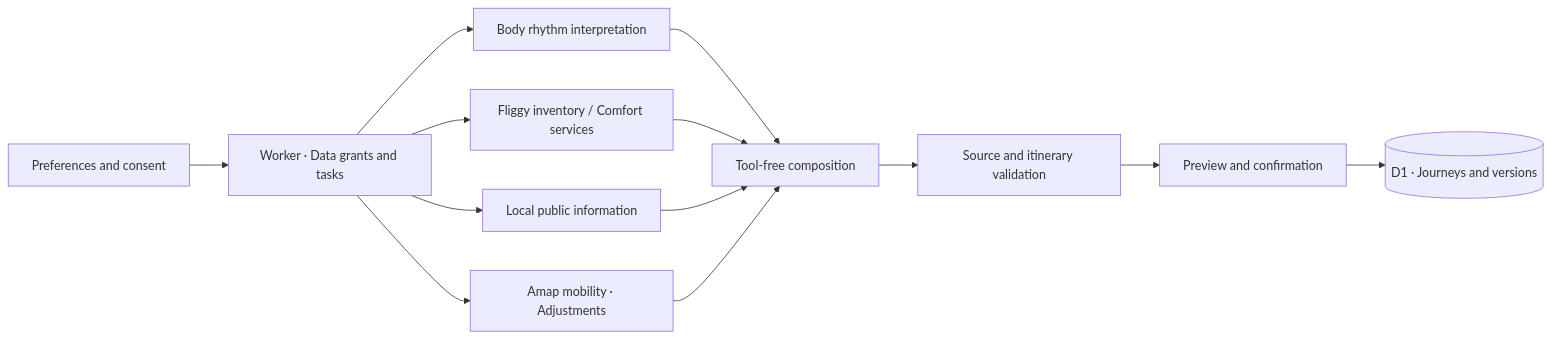
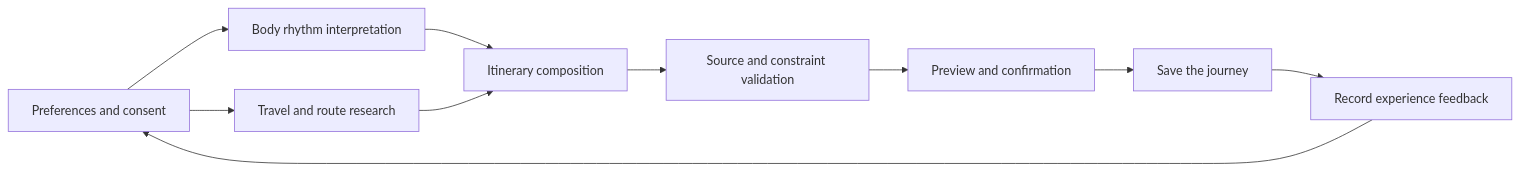
Before and after one commit to EazyLee30/biotrip-fliggy-hackathon: the diagram in README.en.md, drawn with Mermaid. The commit also changed other lines of this file and 83 other files, not shown here.

````diff
--- a/README.en.md
+++ b/README.en.md
@@ -54,15 +71,12 @@
 ```mermaid
 flowchart LR
-    U[Preferences and consent] --> W[Worker · Data grants and tasks]
-    W --> H[Body rhythm interpretation]
-    W --> F[Fliggy inventory / Comfort services]
-    W --> L[Local public information]
-    W --> M[Amap mobility · Adjustments]
-    H --> C[Tool-free composition]
-    F --> C
-    L --> C
-    M --> C
-    C --> P[Source and itinerary validation]
-    P --> A[Preview and confirmation]
-    A --> D[(D1 · Journeys and versions)]
+    I[Preferences and consent] --> H[Body rhythm interpretation]
+    I --> T[Travel and route research]
+    H --> C[Itinerary composition]
+    T --> C
+    C --> V[Source and constraint validation]
+    V --> U[Preview and confirmation]
+    U --> J[Save the journey]
+    J --> F[Record experience feedback]
+    F --> I
 ```
````
